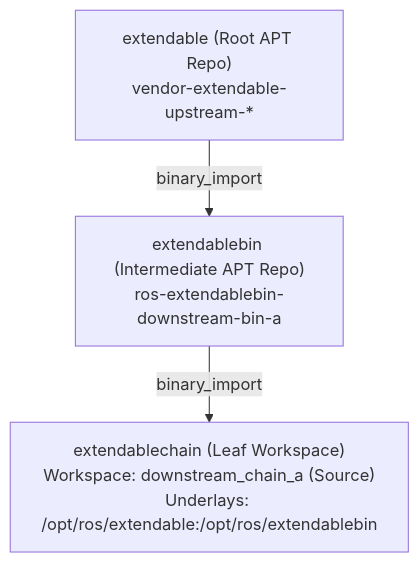
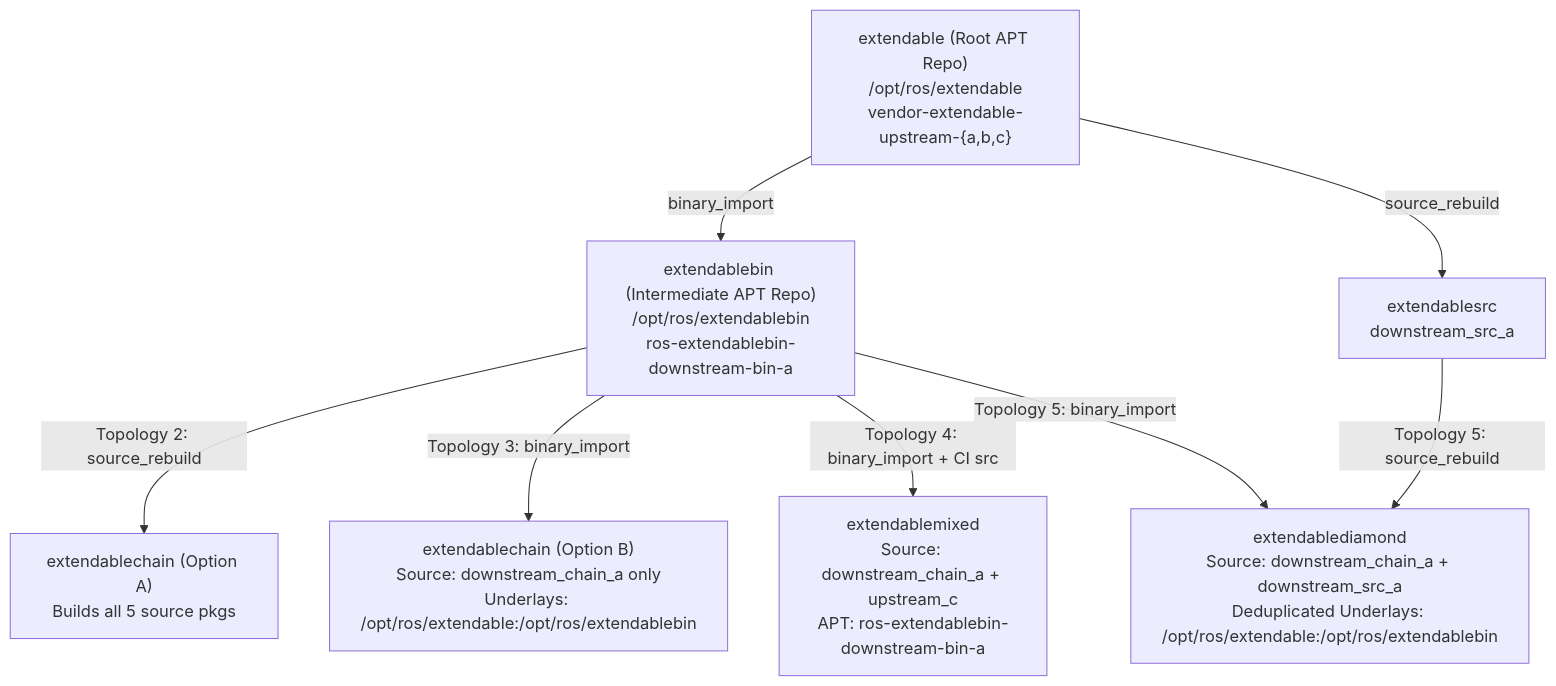
Before and after one commit to KmoM88/rep159-testing: the fourth of 6 diagrams in TOPOLOGICAL_TESTING_EVIDENCE_GIST.md, drawn with Mermaid. The commit also changed other lines of this file and 22 other files, not shown here.

Commit message:
Consolidate table/diagram docs, adopt jrivero commits, update Stage 1-3 testfarm evidence, and sanitize local endpoints

````diff
--- a/TOPOLOGICAL_TESTING_EVIDENCE_GIST.md
+++ b/TOPOLOGICAL_TESTING_EVIDENCE_GIST.md
@@ -204,5 +135,11 @@
 ```mermaid
 graph TD
-    E3["extendable (Root APT Repo)<br/>vendor-extendable-upstream-*"] -->|binary_import| EB3["extendablebin (Intermediate APT Repo)<br/>ros-extendablebin-downstream-bin-a"]
-    EB3 -->|binary_import| EC3["extendablechain (Leaf Workspace)<br/>Workspace: downstream_chain_a (Source)<br/>Underlays: /opt/ros/extendable:/opt/ros/extendablebin"]
+    E["extendable (Root APT Repo)<br/>/opt/ros/extendable<br/>vendor-extendable-upstream-{a,b,c}"] -->|binary_import| EB["extendablebin (Intermediate APT Repo)<br/>/opt/ros/extendablebin<br/>ros-extendablebin-downstream-bin-a"]
+    E -->|source_rebuild| ES["extendablesrc<br/>downstream_src_a"]
+
+    EB -->|Topology 2: source_rebuild| T2["extendablechain (Option A)<br/>Builds all 5 source pkgs"]
+    EB -->|Topology 3: binary_import| T3["extendablechain (Option B)<br/>Source: downstream_chain_a only<br/>Underlays: /opt/ros/extendable:/opt/ros/extendablebin"]
+    EB -->|Topology 4: binary_import + CI src| T4["extendablemixed<br/>Source: downstream_chain_a + upstream_c<br/>APT: ros-extendablebin-downstream-bin-a"]
+    EB -->|Topology 5: binary_import| T5["extendablediamond<br/>Source: downstream_chain_a + downstream_src_a<br/>Deduplicated Underlays: /opt/ros/extendable:/opt/ros/extendablebin"]
+    ES -->|Topology 5: source_rebuild| T5
 ```
````
